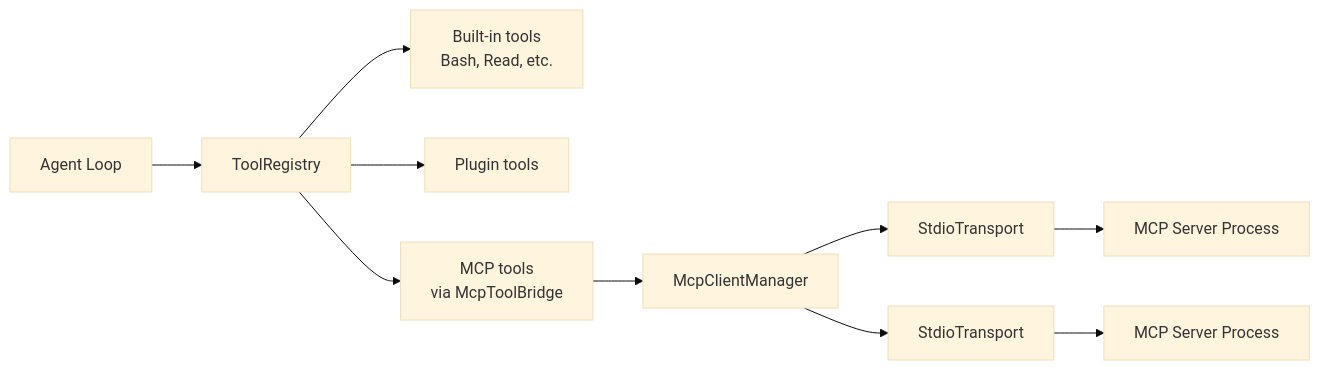
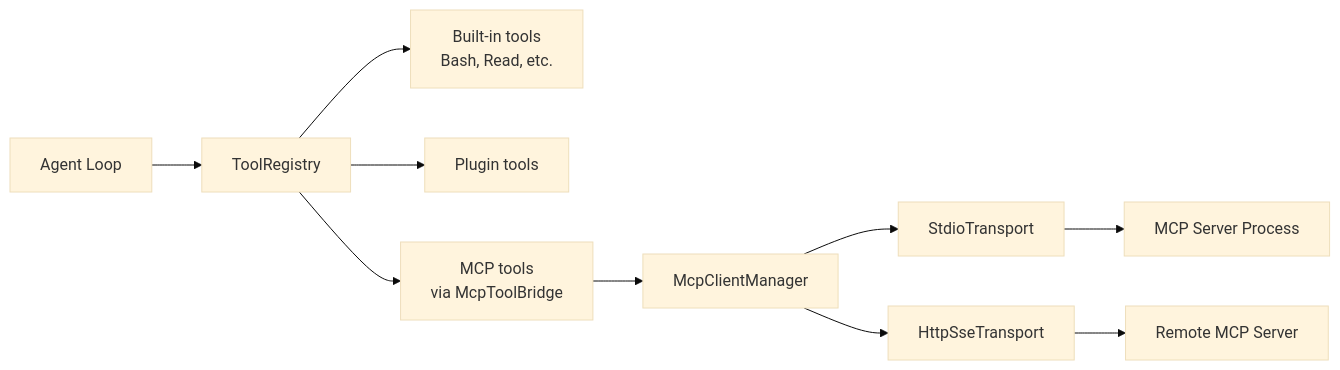
Before and after one commit to ThiagoRech1997/openclaude-java: the diagram in docs/mcp.md, drawn with Mermaid (base theme). The commit also changed other lines of this file and 12 other files, not shown here.

````diff
--- a/docs/mcp.md
+++ b/docs/mcp.md
@@ -7,10 +7,10 @@
 ```mermaid
 flowchart LR
     A[Agent Loop] --> B[ToolRegistry]
     B --> C[Built-in tools<br/>Bash, Read, etc.]
     B --> D[Plugin tools]
     B --> E[MCP tools<br/>via McpToolBridge]
     E --> F[McpClientManager]
     F --> G1[StdioTransport] --> H1[MCP Server Process]
-    F --> G2[StdioTransport] --> H2[MCP Server Process]
+    F --> G2[HttpSseTransport] --> H2[Remote MCP Server]
 ```
````
